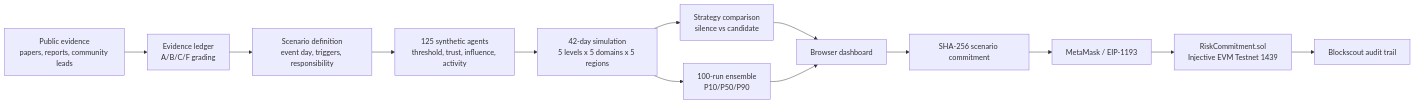
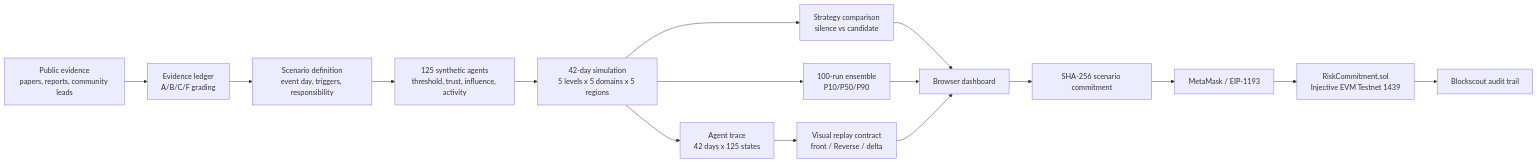
The diagram in docs/architecture.md (BH2-4/zzz-release-risk-lab), drawn with Mermaid before and after one commit. The commit also changed other lines of this file and 11 other files, not shown here.

First line of the commit message:
feat(data): add per-agent visual replay contract

````diff
--- a/docs/architecture.md
+++ b/docs/architecture.md
@@ -3,15 +3,18 @@
 ```mermaid
 flowchart LR
     A["Public evidence<br/>papers, reports, community leads"] --> B["Evidence ledger<br/>A/B/C/F grading"]
     B --> C["Scenario definition<br/>event day, triggers, responsibility"]
     C --> D["125 synthetic agents<br/>threshold, trust, influence, activity"]
     D --> E["42-day simulation<br/>5 levels x 5 domains x 5 regions"]
     E --> F["Strategy comparison<br/>silence vs candidate"]
     E --> G["100-run ensemble<br/>P10/P50/P90"]
+    E --> M["Agent trace<br/>42 days x 125 states"]
+    M --> N["Visual replay contract<br/>front / Reverse / delta"]
     F --> H["Browser dashboard"]
     G --> H
+    N --> H
     H --> I["SHA-256 scenario commitment"]
     I --> J["MetaMask / EIP-1193"]
     J --> K["RiskCommitment.sol<br/>Injective EVM Testnet 1439"]
     K --> L["Blockscout audit trail"]
 ```
````
